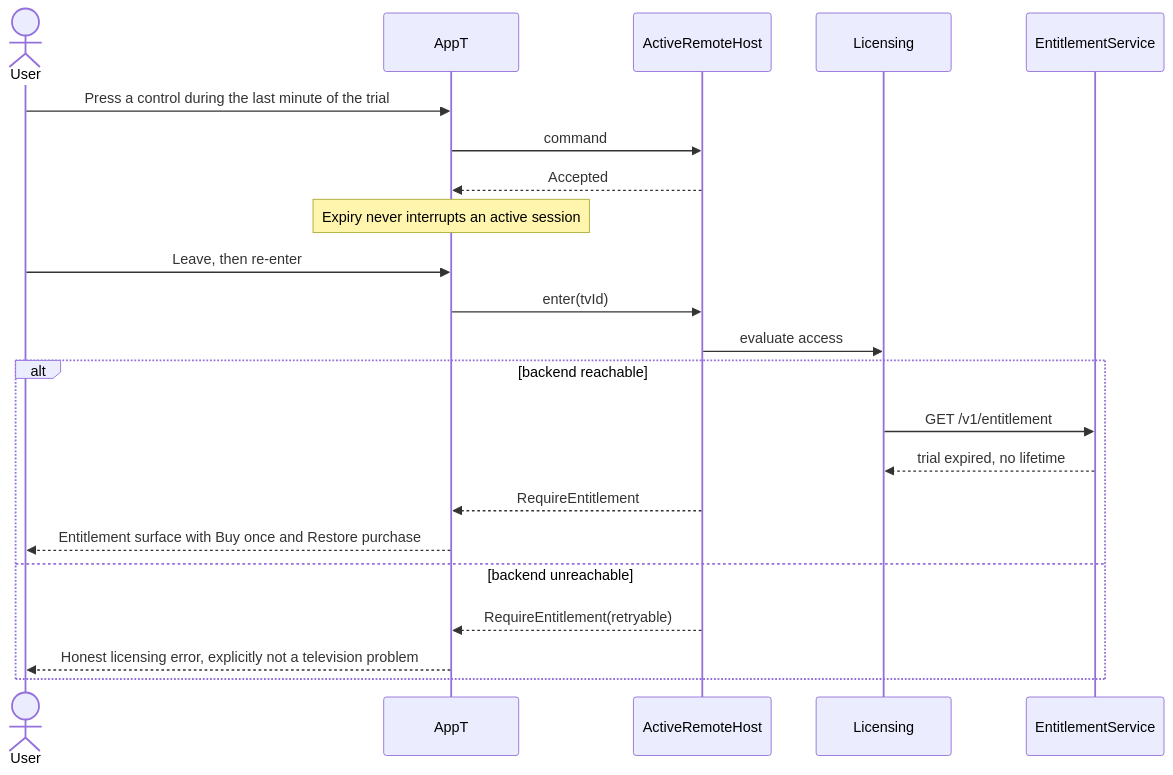
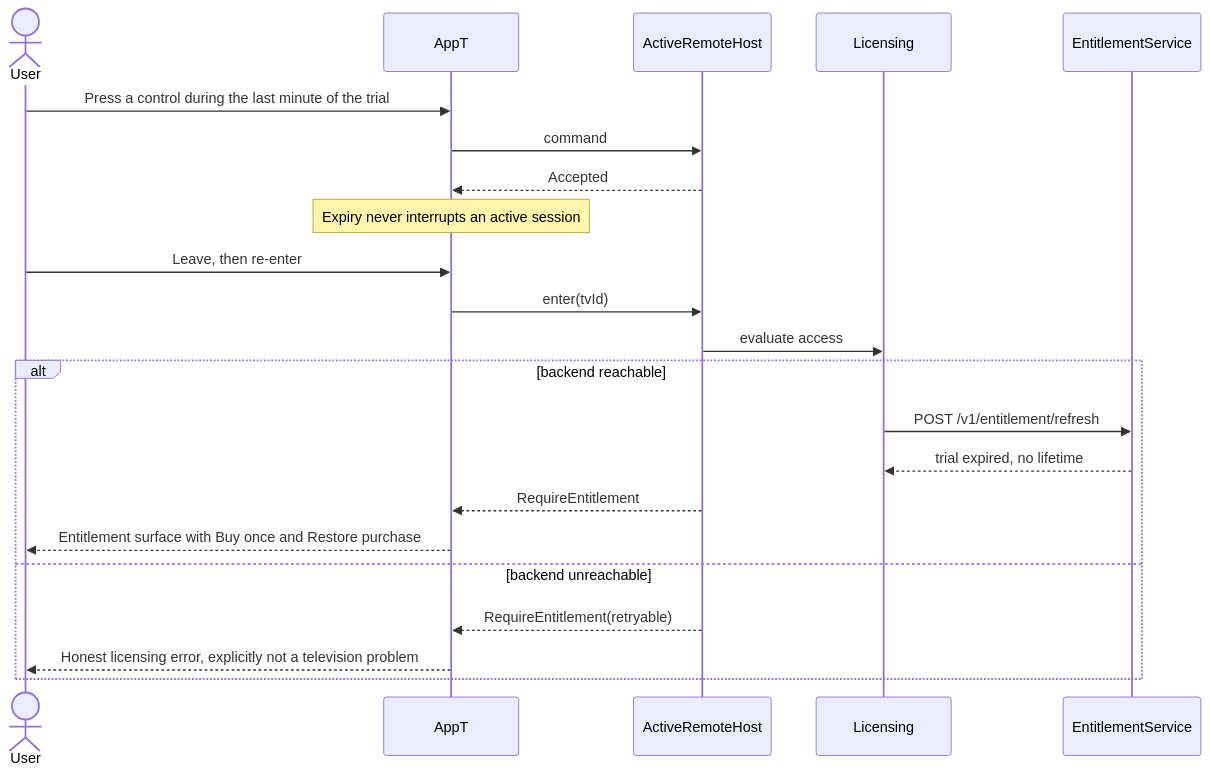
The fourth of 14 diagrams in docs/architecture/flows.md (anthracite-labs/AppT), drawn with Mermaid before and after one commit. The commit also changed other lines of this file and 17 other files, not shown here.

````diff
--- a/docs/architecture/flows.md
+++ b/docs/architecture/flows.md
@@ -111,24 +114,24 @@
 ```mermaid
 sequenceDiagram
   actor User
   participant App as AppT
   participant Host as ActiveRemoteHost
   participant Lic as Licensing
   participant Fn as EntitlementService
   User->>App: Press a control during the last minute of the trial
   App->>Host: command
   Host-->>App: Accepted
   Note over App: Expiry never interrupts an active session
   User->>App: Leave, then re-enter
   App->>Host: enter(tvId)
   Host->>Lic: evaluate access
   alt backend reachable
-    Lic->>Fn: GET /v1/entitlement
+    Lic->>Fn: POST /v1/entitlement/refresh
     Fn-->>Lic: trial expired, no lifetime
     Host-->>App: RequireEntitlement
     App-->>User: Entitlement surface with Buy once and Restore purchase
   else backend unreachable
     Host-->>App: RequireEntitlement(retryable)
     App-->>User: Honest licensing error, explicitly not a television problem
   end
 ```
````
